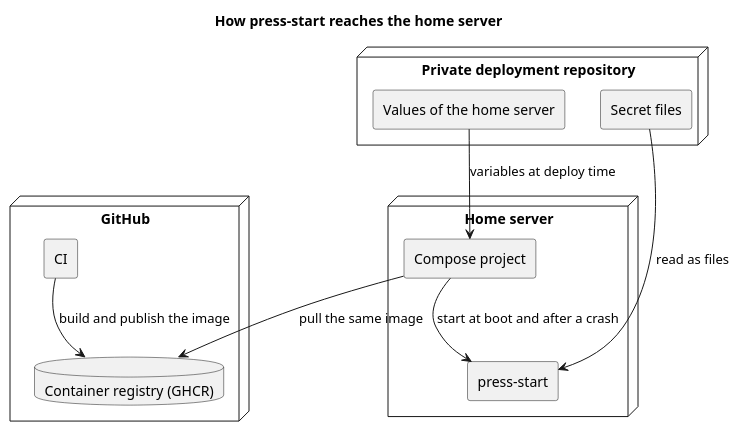
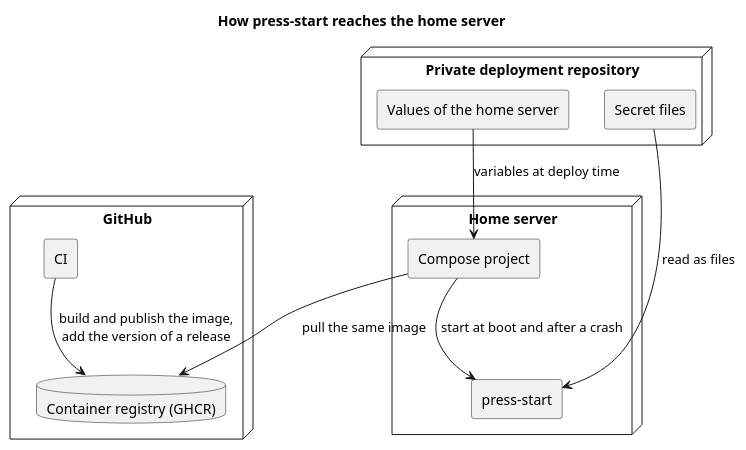
The diagram in docs/ja/requirements/deploy/overview.puml (cloveclovedev/press-start), drawn with PlantUML before and after one commit. The commit also changed 3 other files, not shown here.

```diff
--- a/docs/ja/requirements/deploy/overview.puml
+++ b/docs/ja/requirements/deploy/overview.puml
@@ -1,24 +1,24 @@
 @startuml overview
 title How press-start reaches the home server
 skinparam shadowing false
 skinparam componentStyle rectangle
 
 node "GitHub" {
   [CI] as ci
   database "Container registry (GHCR)" as registry
 }
 node "Private deployment repository" {
   [Values of the home server] as values
   [Secret files] as secrets
 }
 node "Home server" {
   [Compose project] as compose
   [press-start] as app
 }
 
-ci --> registry : build and publish the image
+ci --> registry : build and publish the image,\nadd the version of a release
 compose --> registry : pull the same image
 values --> compose : variables at deploy time
 secrets --> app : read as files
 compose --> app : start at boot and after a crash
 @enduml
```
